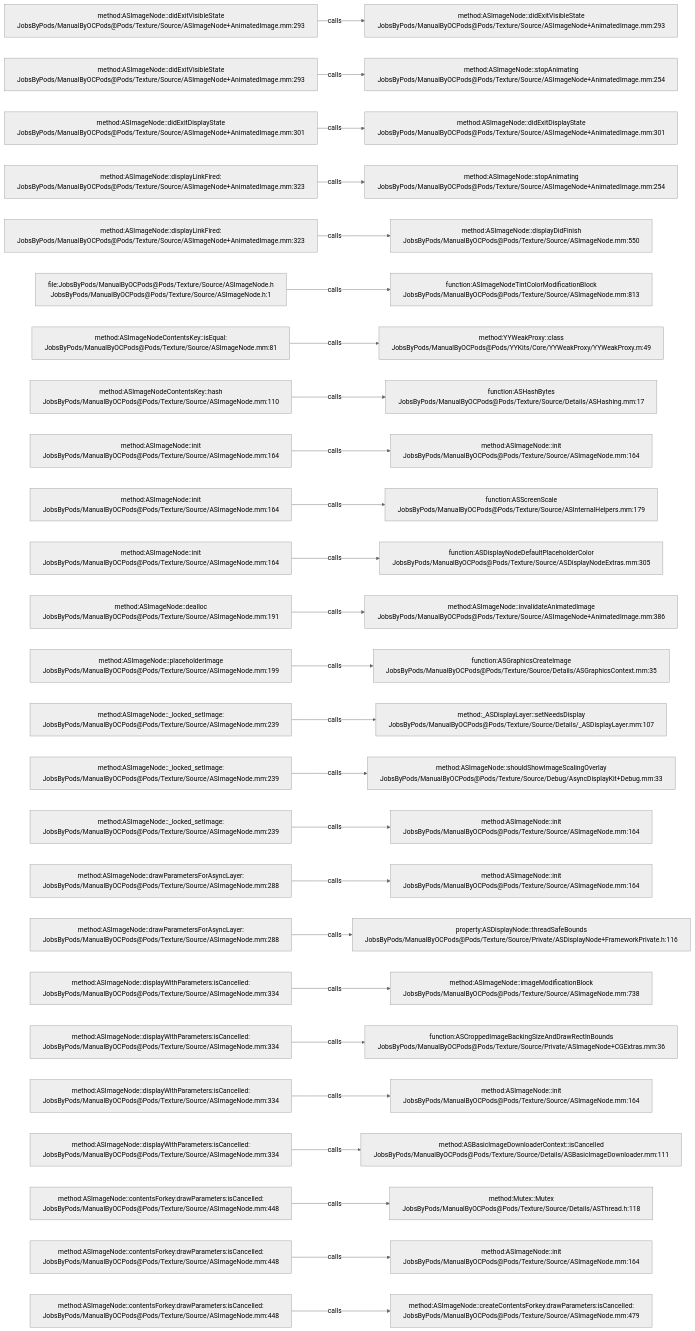
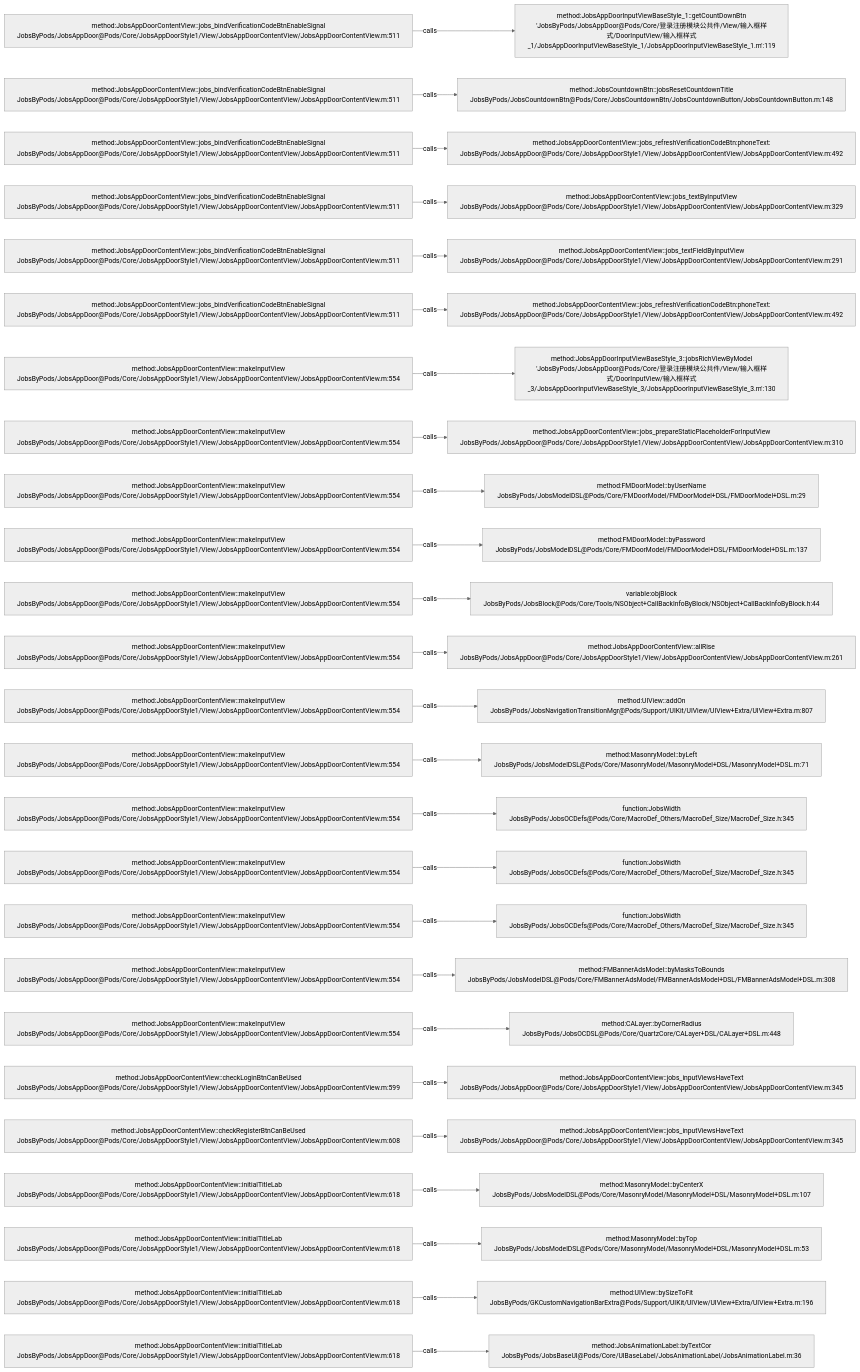
The diagram in .codegraph/codegraph.md/graphs/calls-094.md (JobsKits/JobsOCBaseConfigDemo), drawn with Mermaid (neutral theme) before and after one commit. The commit also changed 768 other files, not shown here.

````diff
--- a/.codegraph/codegraph.md/graphs/calls-094.md
+++ b/.codegraph/codegraph.md/graphs/calls-094.md
@@ -13,78 +13,78 @@
 ```mermaid
 flowchart LR
-  S1["method:ASImageNode::didExitVisibleState<br/>JobsByPods/ManualByOCPods@Pods/Texture/Source/ASImageNode+AnimatedImage.mm:293"]
-  T1["method:ASImageNode::didExitVisibleState<br/>JobsByPods/ManualByOCPods@Pods/Texture/Source/ASImageNode+AnimatedImage.mm:293"]
+  S1["method:JobsAppDoorContentView::jobs_bindVerificationCodeBtnEnableSignal<br/>JobsByPods/JobsAppDoor@Pods/Core/JobsAppDoorStyle1/View/JobsAppDoorContentView/JobsAppDoorContentView.m:511"]
+  T1["method:JobsAppDoorInputViewBaseStyle_1::getCountDownBtn<br/>'JobsByPods/JobsAppDoor@Pods/Core/登录注册模块公共件/View/输入框样式/DoorInputView/输入框样式_1/JobsAppDoorInputViewBaseStyle_1/JobsAppDoorInputViewBaseStyle_1.m':119"]
   S1 -->|calls| T1
-  S2["method:ASImageNode::didExitVisibleState<br/>JobsByPods/ManualByOCPods@Pods/Texture/Source/ASImageNode+AnimatedImage.mm:293"]
-  T2["method:ASImageNode::stopAnimating<br/>JobsByPods/ManualByOCPods@Pods/Texture/Source/ASImageNode+AnimatedImage.mm:254"]
+  S2["method:JobsAppDoorContentView::jobs_bindVerificationCodeBtnEnableSignal<br/>JobsByPods/JobsAppDoor@Pods/Core/JobsAppDoorStyle1/View/JobsAppDoorContentView/JobsAppDoorContentView.m:511"]
+  T2["method:JobsCountdownBtn::jobsResetCountdownTitle<br/>JobsByPods/JobsCountdownBtn@Pods/Core/JobsCountdownBtn/JobsCountdownButton/JobsCountdownButton.m:148"]
   S2 -->|calls| T2
-  S3["method:ASImageNode::didExitDisplayState<br/>JobsByPods/ManualByOCPods@Pods/Texture/Source/ASImageNode+AnimatedImage.mm:301"]
-  T3["method:ASImageNode::didExitDisplayState<br/>JobsByPods/ManualByOCPods@Pods/Texture/Source/ASImageNode+AnimatedImage.mm:301"]
+  S3["method:JobsAppDoorContentView::jobs_bindVerificationCodeBtnEnableSignal<br/>JobsByPods/JobsAppDoor@Pods/Core/JobsAppDoorStyle1/View/JobsAppDoorContentView/JobsAppDoorContentView.m:511"]
+  T3["method:JobsAppDoorContentView::jobs_refreshVerificationCodeBtn:phoneText:<br/>JobsByPods/JobsAppDoor@Pods/Core/JobsAppDoorStyle1/View/JobsAppDoorContentView/JobsAppDoorContentView.m:492"]
   S3 -->|calls| T3
-  S4["method:ASImageNode::displayLinkFired:<br/>JobsByPods/ManualByOCPods@Pods/Texture/Source/ASImageNode+AnimatedImage.mm:323"]
-  T4["method:ASImageNode::stopAnimating<br/>JobsByPods/ManualByOCPods@Pods/Texture/Source/ASImageNode+AnimatedImage.mm:254"]
+  S4["method:JobsAppDoorContentView::jobs_bindVerificationCodeBtnEnableSignal<br/>JobsByPods/JobsAppDoor@Pods/Core/JobsAppDoorStyle1/View/JobsAppDoorContentView/JobsAppDoorContentView.m:511"]
+  T4["method:JobsAppDoorContentView::jobs_textByInputView<br/>JobsByPods/JobsAppDoor@Pods/Core/JobsAppDoorStyle1/View/JobsAppDoorContentView/JobsAppDoorContentView.m:329"]
   S4 -->|calls| T4
-  S5["method:ASImageNode::displayLinkFired:<br/>JobsByPods/ManualByOCPods@Pods/Texture/Source/ASImageNode+AnimatedImage.mm:323"]
-  T5["method:ASImageNode::displayDidFinish<br/>JobsByPods/ManualByOCPods@Pods/Texture/Source/ASImageNode.mm:550"]
+  S5["method:JobsAppDoorContentView::jobs_bindVerificationCodeBtnEnableSignal<br/>JobsByPods/JobsAppDoor@Pods/Core/JobsAppDoorStyle1/View/JobsAppDoorContentView/JobsAppDoorContentView.m:511"]
+  T5["method:JobsAppDoorContentView::jobs_textFieldByInputView<br/>JobsByPods/JobsAppDoor@Pods/Core/JobsAppDoorStyle1/View/JobsAppDoorContentView/JobsAppDoorContentView.m:291"]
   S5 -->|calls| T5
-  S6["file:JobsByPods/ManualByOCPods@Pods/Texture/Source/ASImageNode.h<br/>JobsByPods/ManualByOCPods@Pods/Texture/Source/ASImageNode.h:1"]
-  T6["function:ASImageNodeTintColorModificationBlock<br/>JobsByPods/ManualByOCPods@Pods/Texture/Source/ASImageNode.mm:813"]
+  S6["method:JobsAppDoorContentView::jobs_bindVerificationCodeBtnEnableSignal<br/>JobsByPods/JobsAppDoor@Pods/Core/JobsAppDoorStyle1/View/JobsAppDoorContentView/JobsAppDoorContentView.m:511"]
+  T6["method:JobsAppDoorContentView::jobs_refreshVerificationCodeBtn:phoneText:<br/>JobsByPods/JobsAppDoor@Pods/Core/JobsAppDoorStyle1/View/JobsAppDoorContentView/JobsAppDoorContentView.m:492"]
   S6 -->|calls| T6
-  S7["method:ASImageNodeContentsKey::isEqual:<br/>JobsByPods/ManualByOCPods@Pods/Texture/Source/ASImageNode.mm:81"]
-  T7["method:YYWeakProxy::class<br/>JobsByPods/ManualByOCPods@Pods/YYKits/Core/YYWeakProxy/YYWeakProxy.m:49"]
+  S7["method:JobsAppDoorContentView::makeInputView<br/>JobsByPods/JobsAppDoor@Pods/Core/JobsAppDoorStyle1/View/JobsAppDoorContentView/JobsAppDoorContentView.m:554"]
+  T7["method:JobsAppDoorInputViewBaseStyle_3::jobsRichViewByModel<br/>'JobsByPods/JobsAppDoor@Pods/Core/登录注册模块公共件/View/输入框样式/DoorInputView/输入框样式_3/JobsAppDoorInputViewBaseStyle_3/JobsAppDoorInputViewBaseStyle_3.m':130"]
   S7 -->|calls| T7
-  S8["method:ASImageNodeContentsKey::hash<br/>JobsByPods/ManualByOCPods@Pods/Texture/Source/ASImageNode.mm:110"]
-  T8["function:ASHashBytes<br/>JobsByPods/ManualByOCPods@Pods/Texture/Source/Details/ASHashing.mm:17"]
+  S8["method:JobsAppDoorContentView::makeInputView<br/>JobsByPods/JobsAppDoor@Pods/Core/JobsAppDoorStyle1/View/JobsAppDoorContentView/JobsAppDoorContentView.m:554"]
+  T8["method:JobsAppDoorContentView::jobs_prepareStaticPlaceholderForInputView<br/>JobsByPods/JobsAppDoor@Pods/Core/JobsAppDoorStyle1/View/JobsAppDoorContentView/JobsAppDoorContentView.m:310"]
   S8 -->|calls| T8
-  S9["method:ASImageNode::init<br/>JobsByPods/ManualByOCPods@Pods/Texture/Source/ASImageNode.mm:164"]
-  T9["method:ASImageNode::init<br/>JobsByPods/ManualByOCPods@Pods/Texture/Source/ASImageNode.mm:164"]
+  S9["method:JobsAppDoorContentView::makeInputView<br/>JobsByPods/JobsAppDoor@Pods/Core/JobsAppDoorStyle1/View/JobsAppDoorContentView/JobsAppDoorContentView.m:554"]
+  T9["method:FMDoorModel::byUserName<br/>JobsByPods/JobsModelDSL@Pods/Core/FMDoorModel/FMDoorModel+DSL/FMDoorModel+DSL.m:29"]
   S9 -->|calls| T9
-  S10["method:ASImageNode::init<br/>JobsByPods/ManualByOCPods@Pods/Texture/Source/ASImageNode.mm:164"]
-  T10["function:ASScreenScale<br/>JobsByPods/ManualByOCPods@Pods/Texture/Source/ASInternalHelpers.mm:179"]
+  S10["method:JobsAppDoorContentView::makeInputView<br/>JobsByPods/JobsAppDoor@Pods/Core/JobsAppDoorStyle1/View/JobsAppDoorContentView/JobsAppDoorContentView.m:554"]
+  T10["method:FMDoorModel::byPassword<br/>JobsByPods/JobsModelDSL@Pods/Core/FMDoorModel/FMDoorModel+DSL/FMDoorModel+DSL.m:137"]
   S10 -->|calls| T10
-  S11["method:ASImageNode::init<br/>JobsByPods/ManualByOCPods@Pods/Texture/Source/ASImageNode.mm:164"]
-  T11["function:ASDisplayNodeDefaultPlaceholderColor<br/>JobsByPods/ManualByOCPods@Pods/Texture/Source/ASDisplayNodeExtras.mm:305"]
+  S11["method:JobsAppDoorContentView::makeInputView<br/>JobsByPods/JobsAppDoor@Pods/Core/JobsAppDoorStyle1/View/JobsAppDoorContentView/JobsAppDoorContentView.m:554"]
+  T11["variable:objBlock<br/>JobsByPods/JobsBlock@Pods/Core/Tools/NSObject+CallBackInfoByBlock/NSObject+CallBackInfoByBlock.h:44"]
   S11 -->|calls| T11
-  S12["method:ASImageNode::dealloc<br/>JobsByPods/ManualByOCPods@Pods/Texture/Source/ASImageNode.mm:191"]
-  T12["method:ASImageNode::invalidateAnimatedImage<br/>JobsByPods/ManualByOCPods@Pods/Texture/Source/ASImageNode+AnimatedImage.mm:386"]
+  S12["method:JobsAppDoorContentView::makeInputView<br/>JobsByPods/JobsAppDoor@Pods/Core/JobsAppDoorStyle1/View/JobsAppDoorContentView/JobsAppDoorContentView.m:554"]
+  T12["method:JobsAppDoorContentView::allRise<br/>JobsByPods/JobsAppDoor@Pods/Core/JobsAppDoorStyle1/View/JobsAppDoorContentView/JobsAppDoorContentView.m:261"]
   S12 -->|calls| T12
-  S13["method:ASImageNode::placeholderImage<br/>JobsByPods/ManualByOCPods@Pods/Texture/Source/ASImageNode.mm:199"]
-  T13["function:ASGraphicsCreateImage<br/>JobsByPods/ManualByOCPods@Pods/Texture/Source/Details/ASGraphicsContext.mm:35"]
+  S13["method:JobsAppDoorContentView::makeInputView<br/>JobsByPods/JobsAppDoor@Pods/Core/JobsAppDoorStyle1/View/JobsAppDoorContentView/JobsAppDoorContentView.m:554"]
+  T13["method:UIView::addOn<br/>JobsByPods/JobsNavigationTransitionMgr@Pods/Support/UIKit/UIView/UIView+Extra/UIView+Extra.m:807"]
   S13 -->|calls| T13
-  S14["method:ASImageNode::_locked_setImage:<br/>JobsByPods/ManualByOCPods@Pods/Texture/Source/ASImageNode.mm:239"]
-  T14["method:_ASDisplayLayer::setNeedsDisplay<br/>JobsByPods/ManualByOCPods@Pods/Texture/Source/Details/_ASDisplayLayer.mm:107"]
+  S14["method:JobsAppDoorContentView::makeInputView<br/>JobsByPods/JobsAppDoor@Pods/Core/JobsAppDoorStyle1/View/JobsAppDoorContentView/JobsAppDoorContentView.m:554"]
+  T14["method:MasonryModel::byLeft<br/>JobsByPods/JobsModelDSL@Pods/Core/MasonryModel/MasonryModel+DSL/MasonryModel+DSL.m:71"]
   S14 -->|calls| T14
-  S15["method:ASImageNode::_locked_setImage:<br/>JobsByPods/ManualByOCPods@Pods/Texture/Source/ASImageNode.mm:239"]
-  T15["method:ASImageNode::shouldShowImageScalingOverlay<br/>JobsByPods/ManualByOCPods@Pods/Texture/Source/Debug/AsyncDisplayKit+Debug.mm:33"]
+  S15["method:JobsAppDoorContentView::makeInputView<br/>JobsByPods/JobsAppDoor@Pods/Core/JobsAppDoorStyle1/View/JobsAppDoorContentView/JobsAppDoorContentView.m:554"]
+  T15["function:JobsWidth<br/>JobsByPods/JobsOCDefs@Pods/Core/MacroDef_Others/MacroDef_Size/MacroDef_Size.h:345"]
   S15 -->|calls| T15
-  S16["method:ASImageNode::_locked_setImage:<br/>JobsByPods/ManualByOCPods@Pods/Texture/Source/ASImageNode.mm:239"]
-  T16["method:ASImageNode::init<br/>JobsByPods/ManualByOCPods@Pods/Texture/Source/ASImageNode.mm:164"]
+  S16["method:JobsAppDoorContentView::makeInputView<br/>JobsByPods/JobsAppDoor@Pods/Core/JobsAppDoorStyle1/View/JobsAppDoorContentView/JobsAppDoorContentView.m:554"]
+  T16["function:JobsWidth<br/>JobsByPods/JobsOCDefs@Pods/Core/MacroDef_Others/MacroDef_Size/MacroDef_Size.h:345"]
   S16 -->|calls| T16
-  S17["method:ASImageNode::drawParametersForAsyncLayer:<br/>JobsByPods/ManualByOCPods@Pods/Texture/Source/ASImageNode.mm:288"]
-  T17["method:ASImageNode::init<br/>JobsByPods/ManualByOCPods@Pods/Texture/Source/ASImageNode.mm:164"]
+  S17["method:JobsAppDoorContentView::makeInputView<br/>JobsByPods/JobsAppDoor@Pods/Core/JobsAppDoorStyle1/View/JobsAppDoorContentView/JobsAppDoorContentView.m:554"]
+  T17["function:JobsWidth<br/>JobsByPods/JobsOCDefs@Pods/Core/MacroDef_Others/MacroDef_Size/MacroDef_Size.h:345"]
   S17 -->|calls| T17
-  S18["method:ASImageNode::drawParametersForAsyncLayer:<br/>JobsByPods/ManualByOCPods@Pods/Texture/Source/ASImageNode.mm:288"]
-  T18["property:ASDisplayNode::threadSafeBounds<br/>JobsByPods/ManualByOCPods@Pods/Texture/Source/Private/ASDisplayNode+FrameworkPrivate.h:116"]
+  S18["method:JobsAppDoorContentView::makeInputView<br/>JobsByPods/JobsAppDoor@Pods/Core/JobsAppDoorStyle1/View/JobsAppDoorContentView/JobsAppDoorContentView.m:554"]
+  T18["method:FMBannerAdsModel::byMasksToBounds<br/>JobsByPods/JobsModelDSL@Pods/Core/FMBannerAdsModel/FMBannerAdsModel+DSL/FMBannerAdsModel+DSL.m:308"]
   S18 -->|calls| T18
-  S19["method:ASImageNode::displayWithParameters:isCancelled:<br/>JobsByPods/ManualByOCPods@Pods/Texture/Source/ASImageNode.mm:334"]
-  T19["method:ASImageNode::imageModificationBlock<br/>JobsByPods/ManualByOCPods@Pods/Texture/Source/ASImageNode.mm:738"]
+  S19["method:JobsAppDoorContentView::makeInputView<br/>JobsByPods/JobsAppDoor@Pods/Core/JobsAppDoorStyle1/View/JobsAppDoorContentView/JobsAppDoorContentView.m:554"]
+  T19["method:CALayer::byCornerRadius<br/>JobsByPods/JobsOCDSL@Pods/Core/QuartzCore/CALayer+DSL/CALayer+DSL.m:448"]
   S19 -->|calls| T19
-  S20["method:ASImageNode::displayWithParameters:isCancelled:<br/>JobsByPods/ManualByOCPods@Pods/Texture/Source/ASImageNode.mm:334"]
-  T20["function:ASCroppedImageBackingSizeAndDrawRectInBounds<br/>JobsByPods/ManualByOCPods@Pods/Texture/Source/Private/ASImageNode+CGExtras.mm:36"]
+  S20["method:JobsAppDoorContentView::checkLoginBtnCanBeUsed<br/>JobsByPods/JobsAppDoor@Pods/Core/JobsAppDoorStyle1/View/JobsAppDoorContentView/JobsAppDoorContentView.m:599"]
+  T20["method:JobsAppDoorContentView::jobs_inputViewsHaveText<br/>JobsByPods/JobsAppDoor@Pods/Core/JobsAppDoorStyle1/View/JobsAppDoorContentView/JobsAppDoorContentView.m:345"]
   S20 -->|calls| T20
-  S21["method:ASImageNode::displayWithParameters:isCancelled:<br/>JobsByPods/ManualByOCPods@Pods/Texture/Source/ASImageNode.mm:334"]
-  T21["method:ASImageNode::init<br/>JobsByPods/ManualByOCPods@Pods/Texture/Source/ASImageNode.mm:164"]
+  S21["method:JobsAppDoorContentView::checkRegisterBtnCanBeUsed<br/>JobsByPods/JobsAppDoor@Pods/Core/JobsAppDoorStyle1/View/JobsAppDoorContentView/JobsAppDoorContentView.m:608"]
+  T21["method:JobsAppDoorContentView::jobs_inputViewsHaveText<br/>JobsByPods/JobsAppDoor@Pods/Core/JobsAppDoorStyle1/View/JobsAppDoorContentView/JobsAppDoorContentView.m:345"]
   S21 -->|calls| T21
-  S22["method:ASImageNode::displayWithParameters:isCancelled:<br/>JobsByPods/ManualByOCPods@Pods/Texture/Source/ASImageNode.mm:334"]
-  T22["method:ASBasicImageDownloaderContext::isCancelled<br/>JobsByPods/ManualByOCPods@Pods/Texture/Source/Details/ASBasicImageDownloader.mm:111"]
+  S22["method:JobsAppDoorContentView::initialTitleLab<br/>JobsByPods/JobsAppDoor@Pods/Core/JobsAppDoorStyle1/View/JobsAppDoorContentView/JobsAppDoorContentView.m:618"]
+  T22["method:MasonryModel::byCenterX<br/>JobsByPods/JobsModelDSL@Pods/Core/MasonryModel/MasonryModel+DSL/MasonryModel+DSL.m:107"]
   S22 -->|calls| T22
-  S23["method:ASImageNode::contentsForkey:drawParameters:isCancelled:<br/>JobsByPods/ManualByOCPods@Pods/Texture/Source/ASImageNode.mm:448"]
-  T23["method:Mutex::Mutex<br/>JobsByPods/ManualByOCPods@Pods/Texture/Source/Details/ASThread.h:118"]
+  S23["method:JobsAppDoorContentView::initialTitleLab<br/>JobsByPods/JobsAppDoor@Pods/Core/JobsAppDoorStyle1/View/JobsAppDoorContentView/JobsAppDoorContentView.m:618"]
+  T23["method:MasonryModel::byTop<br/>JobsByPods/JobsModelDSL@Pods/Core/MasonryModel/MasonryModel+DSL/MasonryModel+DSL.m:53"]
   S23 -->|calls| T23
-  S24["method:ASImageNode::contentsForkey:drawParameters:isCancelled:<br/>JobsByPods/ManualByOCPods@Pods/Texture/Source/ASImageNode.mm:448"]
-  T24["method:ASImageNode::init<br/>JobsByPods/ManualByOCPods@Pods/Texture/Source/ASImageNode.mm:164"]
+  S24["method:JobsAppDoorContentView::initialTitleLab<br/>JobsByPods/JobsAppDoor@Pods/Core/JobsAppDoorStyle1/View/JobsAppDoorContentView/JobsAppDoorContentView.m:618"]
+  T24["method:UIView::bySizeToFit<br/>JobsByPods/GKCustomNavigationBarExtra@Pods/Support/UIKit/UIView/UIView+Extra/UIView+Extra.m:196"]
   S24 -->|calls| T24
-  S25["method:ASImageNode::contentsForkey:drawParameters:isCancelled:<br/>JobsByPods/ManualByOCPods@Pods/Texture/Source/ASImageNode.mm:448"]
-  T25["method:ASImageNode::createContentsForkey:drawParameters:isCancelled:<br/>JobsByPods/ManualByOCPods@Pods/Texture/Source/ASImageNode.mm:479"]
+  S25["method:JobsAppDoorContentView::initialTitleLab<br/>JobsByPods/JobsAppDoor@Pods/Core/JobsAppDoorStyle1/View/JobsAppDoorContentView/JobsAppDoorContentView.m:618"]
+  T25["method:JobsAnimationLabel::byTextCor<br/>JobsByPods/JobsBaseUI@Pods/Core/UIBaseLabel/JobsAnimationLabel/JobsAnimationLabel.m:36"]
   S25 -->|calls| T25
 ```
````
